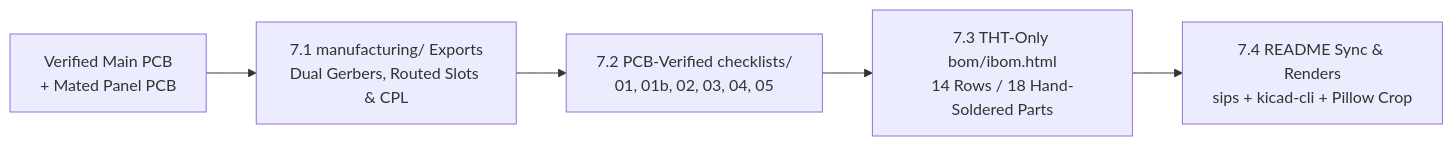
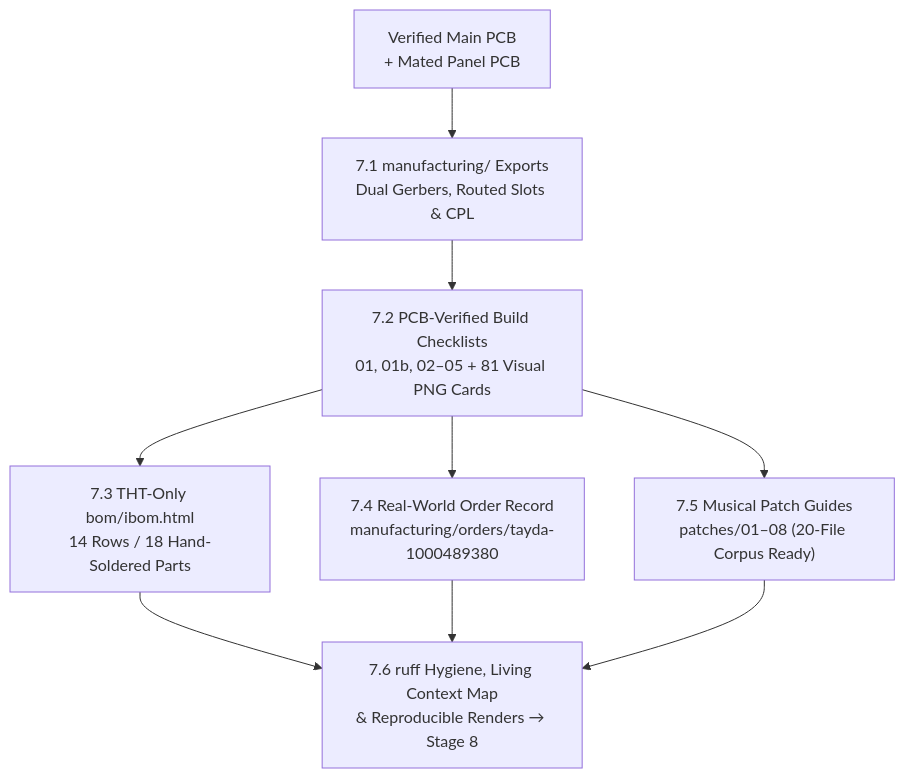
One commit to domesticmouse/EnvelopeFollower changed the diagram in docs/tutorial/stage-7-manufacturing.md. Above: the diagram before and after it, drawn with Mermaid. The commit also changed other lines of this file and 4 other files, not shown here.

Commit message:
feat(stage-7): expand Stage 7 to 6 steps with visual checklist cards (#20)

````diff
--- a/docs/tutorial/stage-7-manufacturing.md
+++ b/docs/tutorial/stage-7-manufacturing.md
@@ -5,7 +7,11 @@
 ```mermaid
-flowchart LR
+flowchart TD
     PCB["Verified Main PCB<br/>+ Mated Panel PCB"] --> S71["7.1 manufacturing/ Exports<br/>Dual Gerbers, Routed Slots & CPL"]
-    S71 --> S72["7.2 PCB-Verified checklists/<br/>01, 01b, 02, 03, 04, 05"]
+    S71 --> S72["7.2 PCB-Verified Build Checklists<br/>01, 01b, 02–05 + 81 Visual PNG Cards"]
     S72 --> S73["7.3 THT-Only bom/ibom.html<br/>14 Rows / 18 Hand-Soldered Parts"]
-    S73 --> S74["7.4 README Sync & Renders<br/>sips + kicad-cli + Pillow Crop"]
+    S72 --> S74["7.4 Real-World Order Record<br/>manufacturing/orders/tayda-1000489380"]
+    S72 --> S75["7.5 Musical Patch Guides<br/>patches/01–08 (20-File Corpus Ready)"]
+    S73 --> S76["7.6 ruff Hygiene, Living Context Map<br/>& Reproducible Renders → Stage 8"]
+    S74 --> S76
+    S75 --> S76
 ```
````
